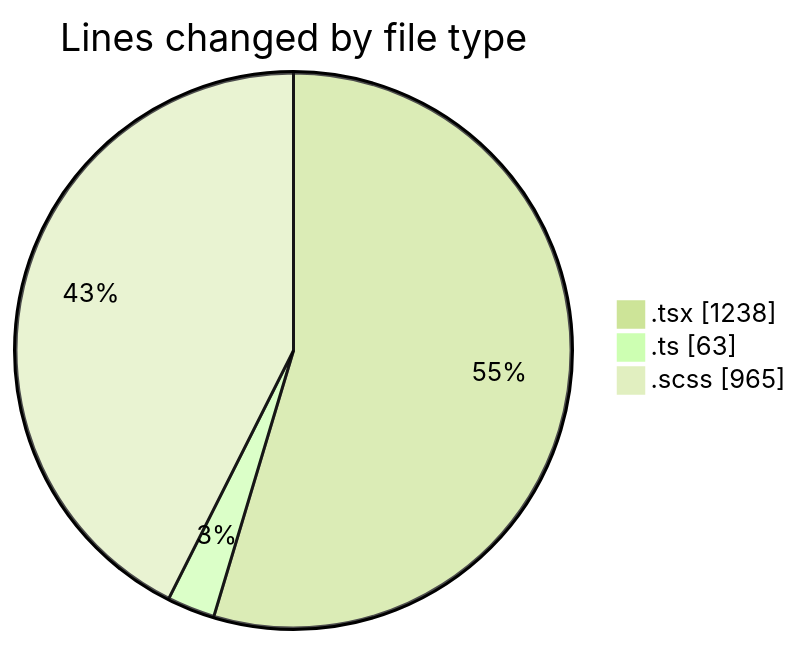
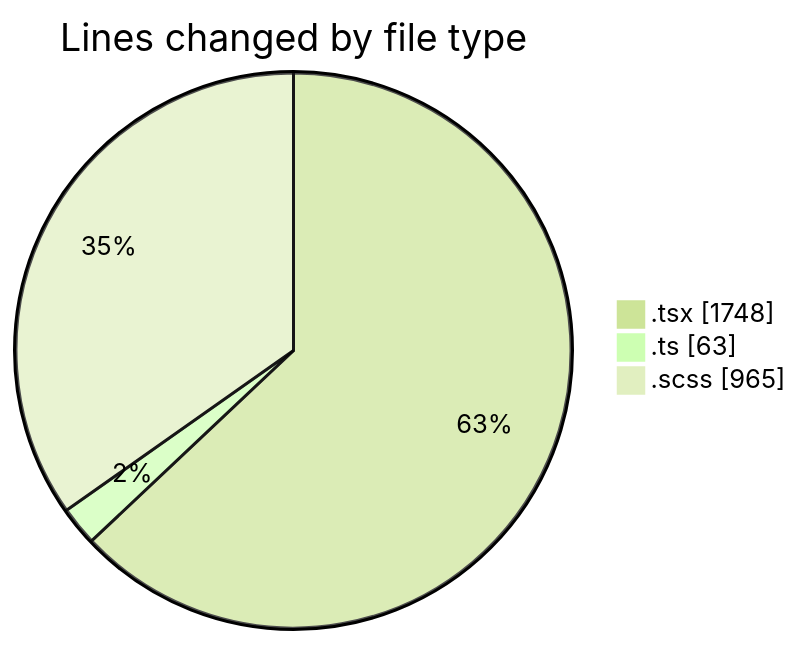
The first of 2 diagrams in 2025-04-02/cda/README.md (momahboobian/code-tracking), drawn with Mermaid (forest theme) before and after one commit. The commit also changed other lines of this file and 1 other file, not shown here.

````diff
--- a/2025-04-02/cda/README.md
+++ b/2025-04-02/cda/README.md
@@ -28,7 +28,7 @@
 ```mermaid
 pie showData
 title Lines changed by file type
-".tsx" : 1238
+".tsx" : 1748
 ".ts" : 63
 ".scss" : 965
 ```
````
